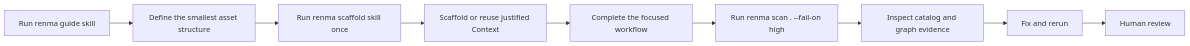
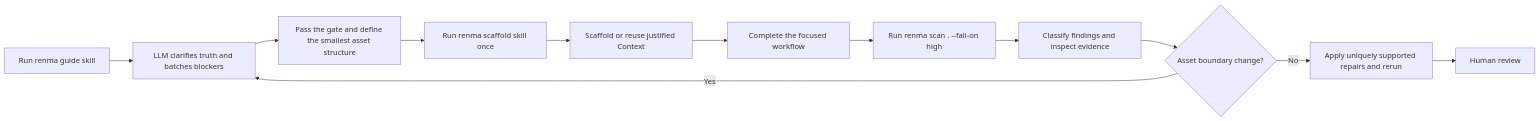
Before and after one commit to KazuCocoa/renma: the first of 2 diagrams in docs/user-manual.md, drawn with Mermaid. The commit also changed other lines of this file and 16 other files, not shown here.

````diff
--- a/docs/user-manual.md
+++ b/docs/user-manual.md
@@ -232,11 +251,14 @@
 ```mermaid
 flowchart LR
-  Guide["Run renma guide skill"] --> Structure["Define the smallest asset structure"]
+  Guide["Run renma guide skill"] --> Clarify["LLM clarifies truth and batches blockers"]
+  Clarify --> Structure["Pass the gate and define the smallest asset structure"]
   Structure --> Scaffold["Run renma scaffold skill once"]
   Scaffold --> Context["Scaffold or reuse justified Context"]
   Context --> Complete["Complete the focused workflow"]
   Complete --> Validate["Run renma scan . --fail-on high"]
-  Validate --> Evidence["Inspect catalog and graph evidence"]
-  Evidence --> Fix["Fix and rerun"]
+  Validate --> Evidence["Classify findings and inspect evidence"]
+  Evidence --> Boundary{"Asset boundary change?"}
+  Boundary -- Yes --> Clarify
+  Boundary -- No --> Fix["Apply uniquely supported repairs and rerun"]
   Fix --> Review["Human review"]
 ```
````
